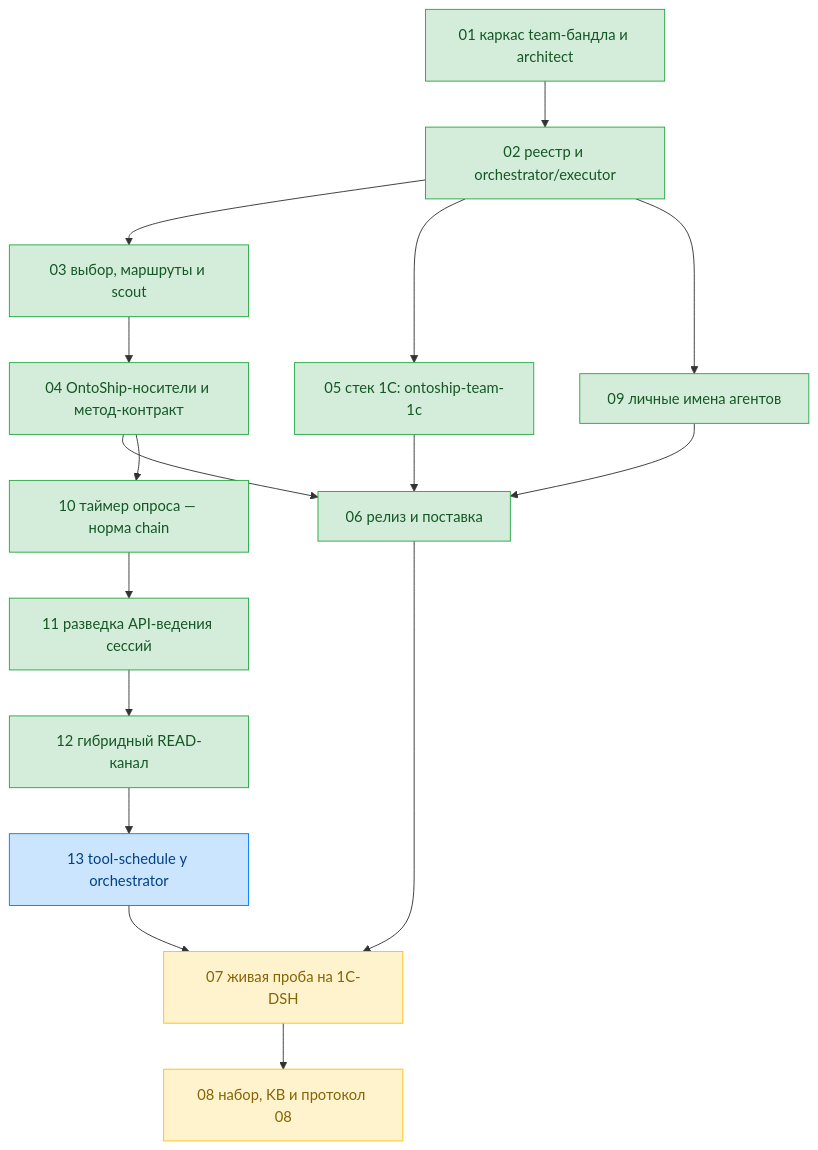
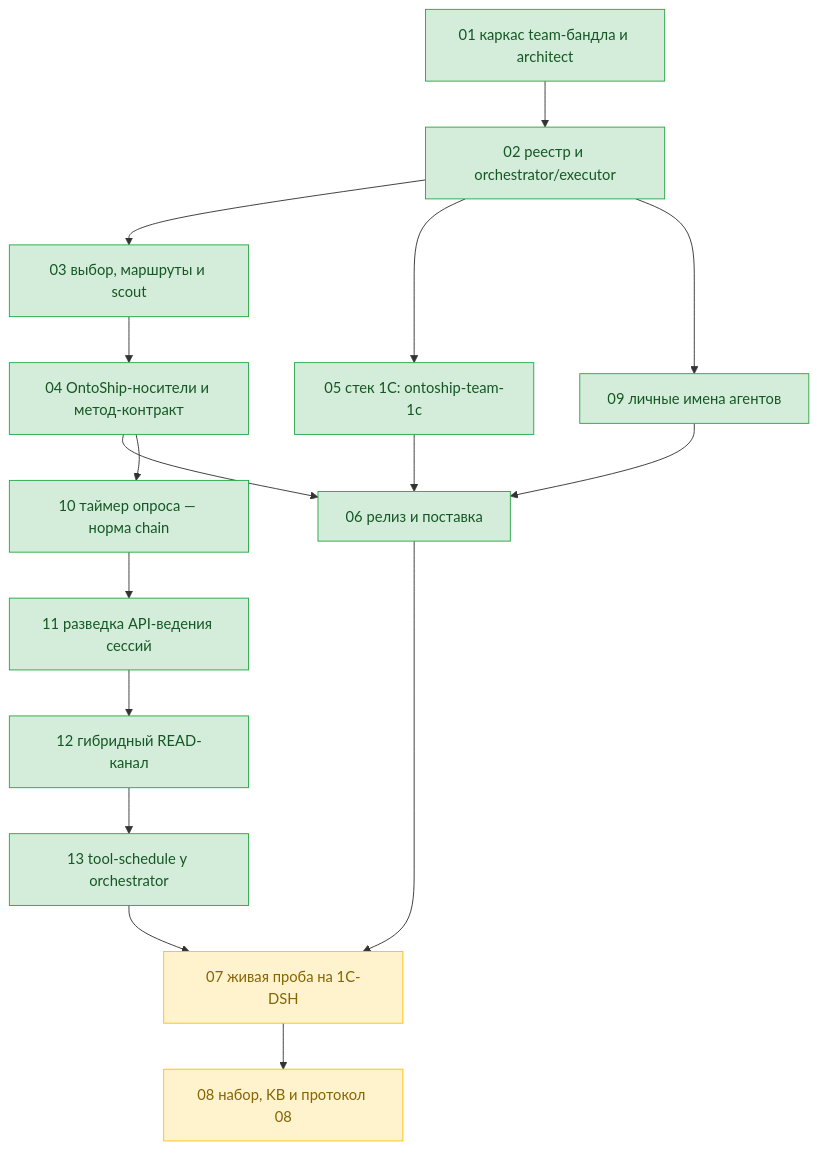
Before and after one commit to ntin60775/ontoship-ntin: the diagram in tickets/team-profiles/dag.md, drawn with Mermaid. The commit also changed other lines of this file and 6 other files, not shown here.

````diff
--- a/tickets/team-profiles/dag.md
+++ b/tickets/team-profiles/dag.md
@@ -11,42 +11,41 @@
 ```mermaid
 flowchart TD
   T01["01 каркас team-бандла и architect"]
   T02["02 реестр и orchestrator/executor"]
   T03["03 выбор, маршруты и scout"]
   T04["04 OntoShip-носители и метод-контракт"]
   T05["05 стек 1C: ontoship-team-1c"]
   T06["06 релиз и поставка"]
   T07["07 живая проба на 1C-DSH"]
   T08["08 набор, KB и протокол 08"]
   T09["09 личные имена агентов"]
   T10["10 таймер опроса — норма chain"]
   T11["11 разведка API-ведения сессий"]
   T12["12 гибридный READ-канал"]
   T13["13 tool-schedule у orchestrator"]
 
   T01 --> T02
   T02 --> T03
   T02 --> T05
   T02 --> T09
   T03 --> T04
   T04 --> T06
   T04 --> T10
   T05 --> T06
   T09 --> T06
   T06 --> T07
   T10 --> T11
   T11 --> T12
   T12 --> T13
   T13 --> T07
   T07 --> T08
 
   classDef done fill:#d4edda,stroke:#28a745,color:#155724;
   classDef running fill:#cce5ff,stroke:#007bff,color:#004085;
   classDef pending fill:#e2e3e5,stroke:#6c757d,color:#383d41;
   classDef waiting fill:#fff3cd,stroke:#ffc107,color:#856404;
 
-  class T01,T02,T03,T04,T05,T06,T09,T10,T11,T12 done;
-  class T13 running;
+  class T01,T02,T03,T04,T05,T06,T09,T10,T11,T12,T13 done;
   class T07 waiting;
   class T08 waiting;
 ```
````
